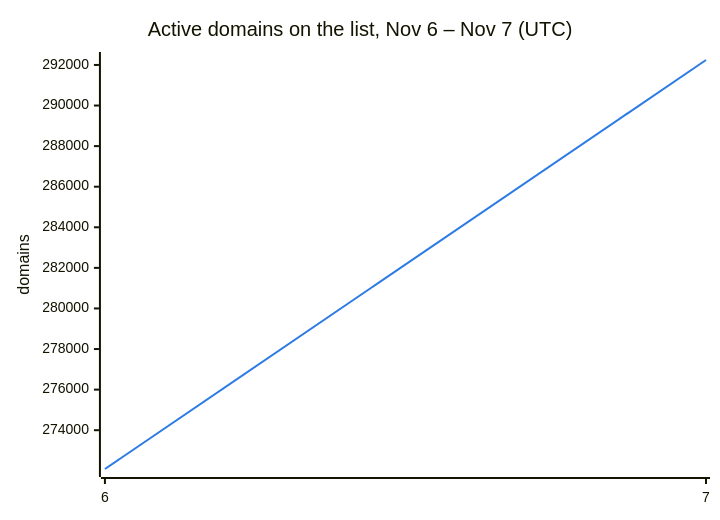
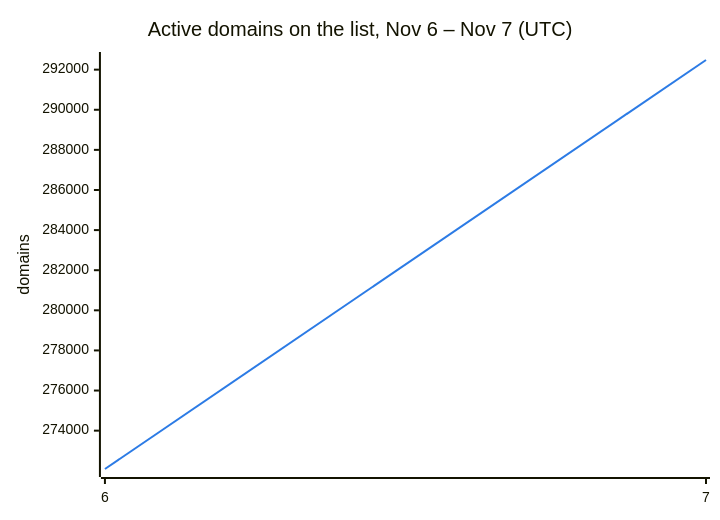
Before and after one commit to DNSBunker/CTI: the second of 3 diagrams in README.md, drawn with Mermaid. The commit also changed other lines of this file and 3 other files, not shown here.

````diff
--- a/README.md
+++ b/README.md
@@ -38,8 +38,8 @@
 ```mermaid
 %%{init: {"themeVariables": {"xyChart": {"plotColorPalette": "#2c7be5"}}}}%%
 xychart-beta
     title "Active domains on the list, Nov 6 – Nov 7 (UTC)"
     x-axis ["6", "7"]
     y-axis "domains"
-    line [272088, 292244]
+    line [272088, 292481]
 ```
````
